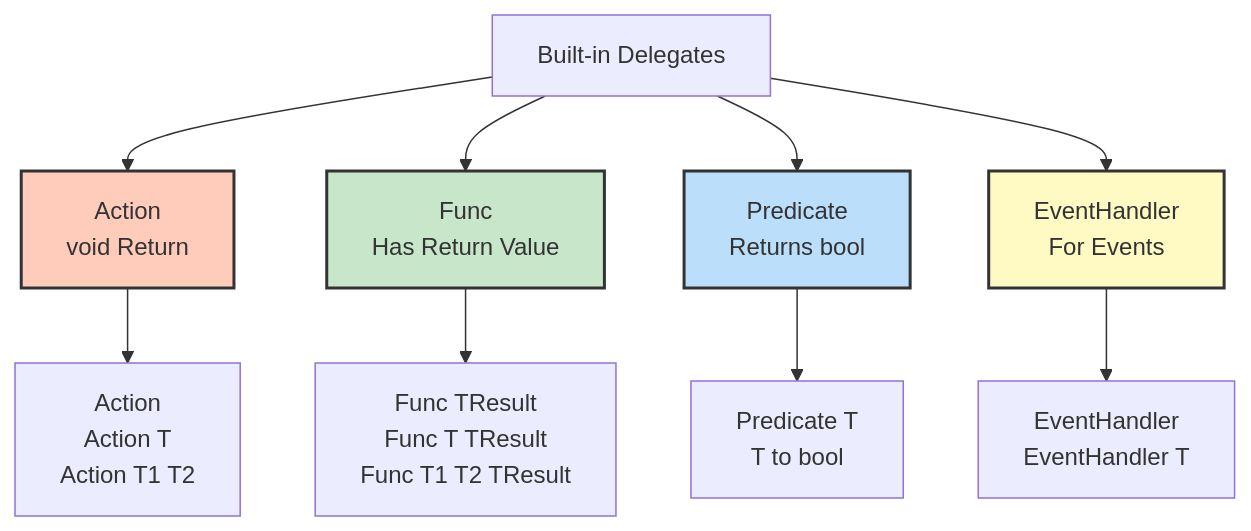
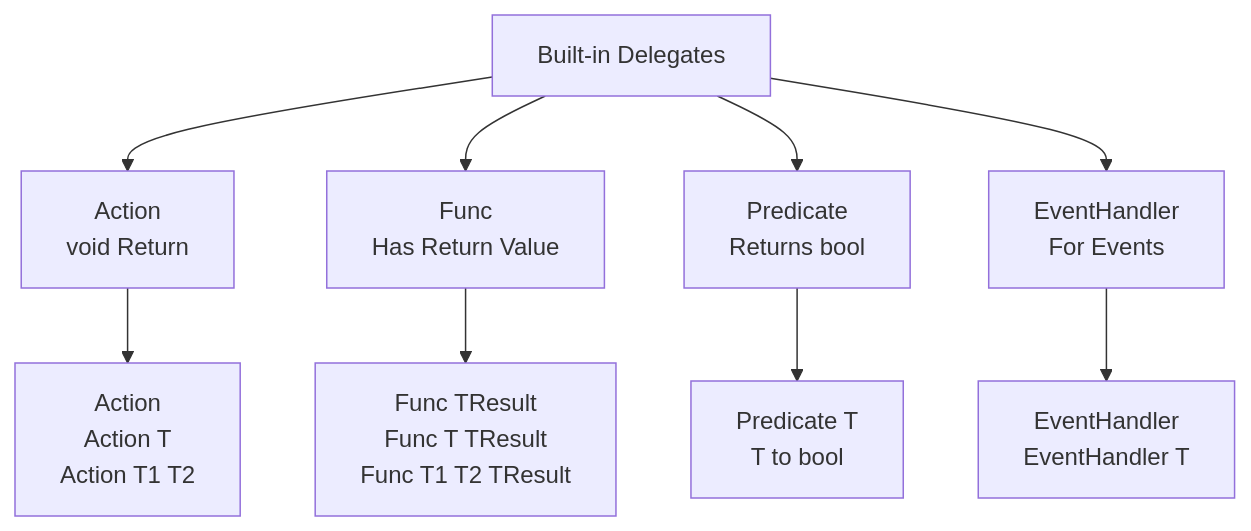
The fifth of 10 diagrams in C# fundamentals/day03-delegates-events.md (NguyenPhamCode4You/ai-home-lab-docker-compose), drawn with Mermaid before and after one commit. The commit also changed other lines of this file, not shown here.

````diff
--- a/C# fundamentals/day03-delegates-events.md
+++ b/C# fundamentals/day03-delegates-events.md
@@ -384,17 +370,12 @@
 ```mermaid
 graph TB
     A[Built-in Delegates] --> B[Action<br/>void Return]
     A --> C[Func<br/>Has Return Value]
     A --> D[Predicate<br/>Returns bool]
     A --> E[EventHandler<br/>For Events]
 
     B --> B1[Action<br/>Action T<br/>Action T1 T2]
     C --> C1[Func TResult<br/>Func T TResult<br/>Func T1 T2 TResult]
     D --> D1[Predicate T<br/>T to bool]
     E --> E1[EventHandler<br/>EventHandler T]
-
-    style B fill:#ffccbc,stroke:#333,stroke-width:2px
-    style C fill:#c8e6c9,stroke:#333,stroke-width:2px
-    style D fill:#bbdefb,stroke:#333,stroke-width:2px
-    style E fill:#fff9c4,stroke:#333,stroke-width:2px
 ```
````
